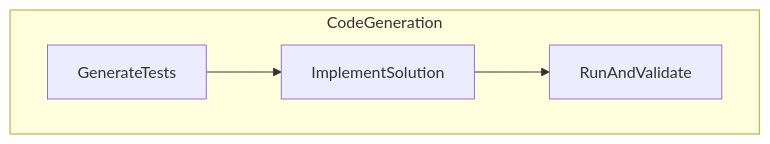
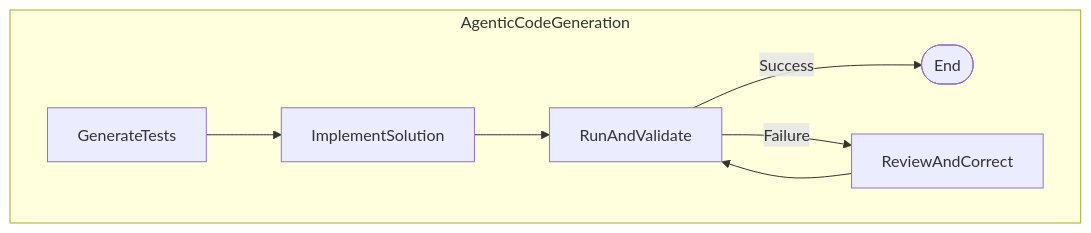
The second of 2 diagrams in flow_conductor/docs/design.md (Mariusvin/PocketFlow), drawn with Mermaid before and after one commit. The commit also changed other lines of this file and 3 other files, not shown here.

````diff
--- a/flow_conductor/docs/design.md
+++ b/flow_conductor/docs/design.md
@@ -92,8 +94,11 @@
 ```mermaid
 flowchart TD
-    subgraph CodeGeneration
+    subgraph AgenticCodeGeneration
         direction LR
         GenerateTests --> ImplementSolution
         ImplementSolution --> RunAndValidate
+        RunAndValidate -- "Success" --> Stop([End])
+        RunAndValidate -- "Failure" --> ReviewAndCorrect
+        ReviewAndCorrect --> RunAndValidate
     end
 ```
````
